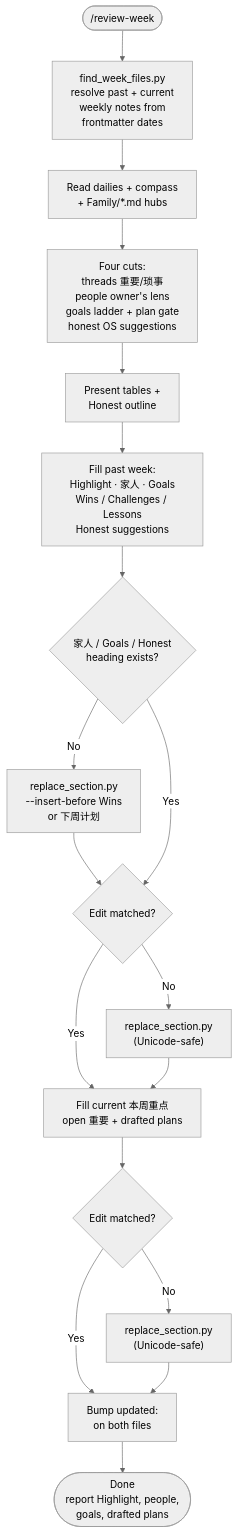
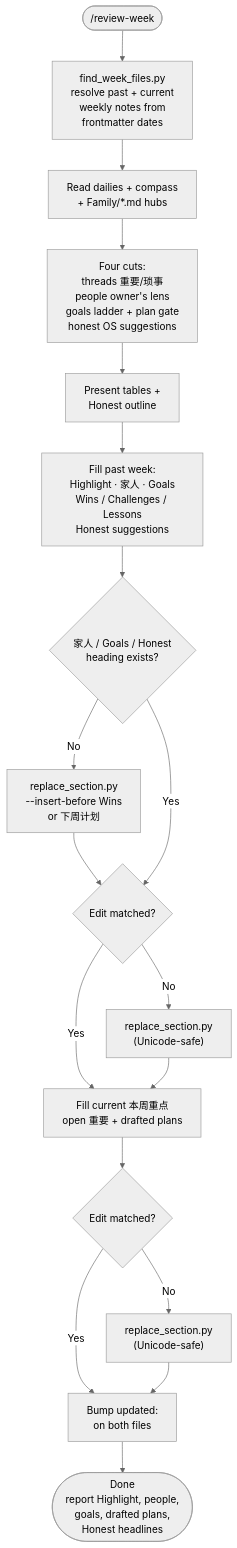
Before and after one commit to biomystery/claude-skills: the diagram in review-week/README.md, drawn with Mermaid (neutral theme). The commit also changed 1 other file, not shown here.

Commit message:
review-week: dedupe Honest heuristics into reference.md
Keep Step 2D as a stub that points at reference.md (progressive disclosure) and align the README report node with Honest headlines.

````diff
--- a/review-week/README.md
+++ b/review-week/README.md
@@ -19,28 +19,28 @@
 ```mermaid
 flowchart TD
     start(["/review-week"])
     resolve["find_week_files.py\nresolve past + current\nweekly notes from\nfrontmatter dates"]
     readdaily["Read dailies + compass\n+ Family/*.md hubs"]
     synth["Four cuts:\nthreads 重要/琐事\npeople owner's lens\ngoals ladder + plan gate\nhonest OS suggestions"]
     present["Present tables +\nHonest outline"]
     fillpast["Fill past week:\nHighlight · 家人 · Goals\nWins / Challenges / Lessons\nHonest suggestions"]
     missing{"家人 / Goals / Honest\nheading exists?"}
     insert["replace_section.py\n--insert-before Wins\nor 下周计划"]
     editok1{Edit matched?}
     fallback1["replace_section.py\n(Unicode-safe)"]
     fillcurrent["Fill current 本周重点\nopen 重要 + drafted plans"]
     editok2{Edit matched?}
     fallback2["replace_section.py\n(Unicode-safe)"]
     stamp["Bump updated:\non both files"]
-    done(["Done\nreport Highlight, people,\ngoals, drafted plans"])
+    done(["Done\nreport Highlight, people,\ngoals, drafted plans,\nHonest headlines"])
 
     start --> resolve --> readdaily --> synth --> present --> fillpast --> missing
     missing -->|No| insert --> editok1
     missing -->|Yes| editok1
     editok1 -->|Yes| fillcurrent
     editok1 -->|No| fallback1 --> fillcurrent
     fillcurrent --> editok2
     editok2 -->|Yes| stamp
     editok2 -->|No| fallback2 --> stamp
     stamp --> done
 ```
````
